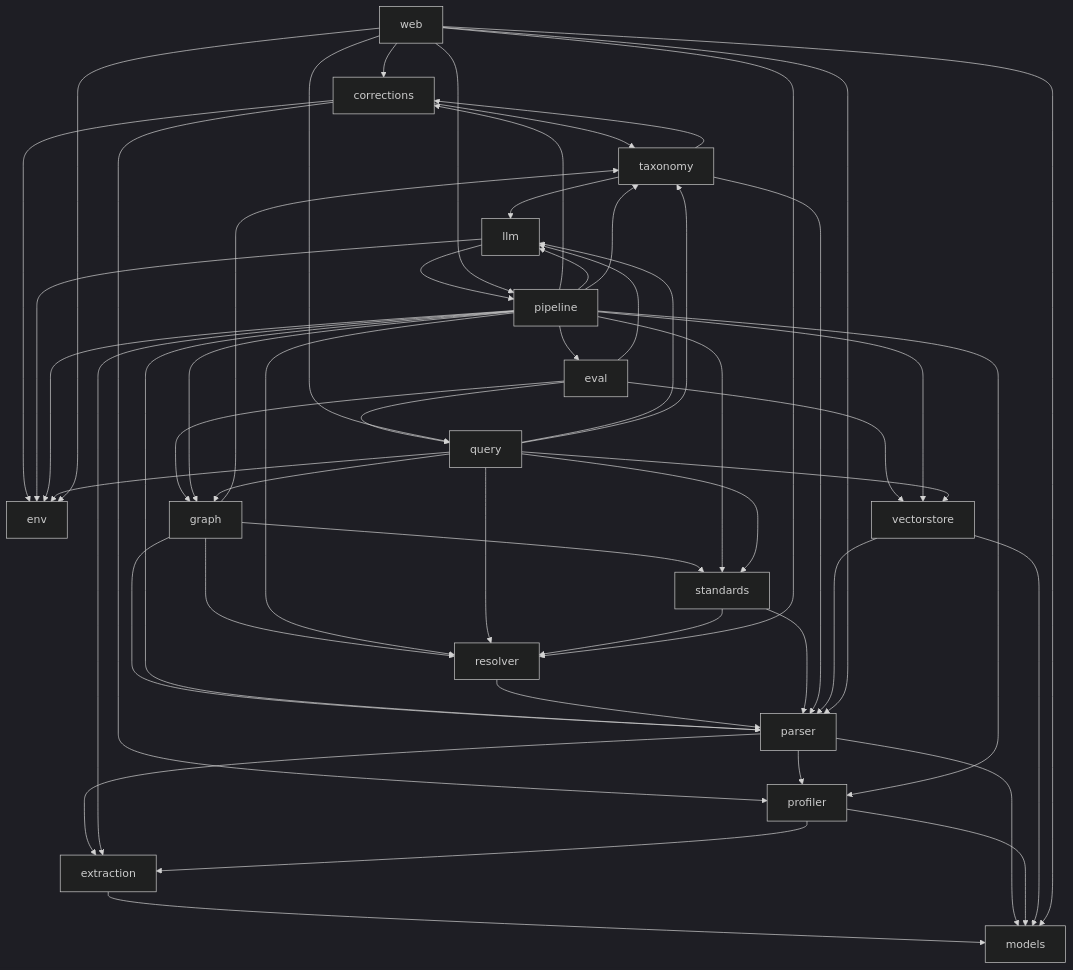
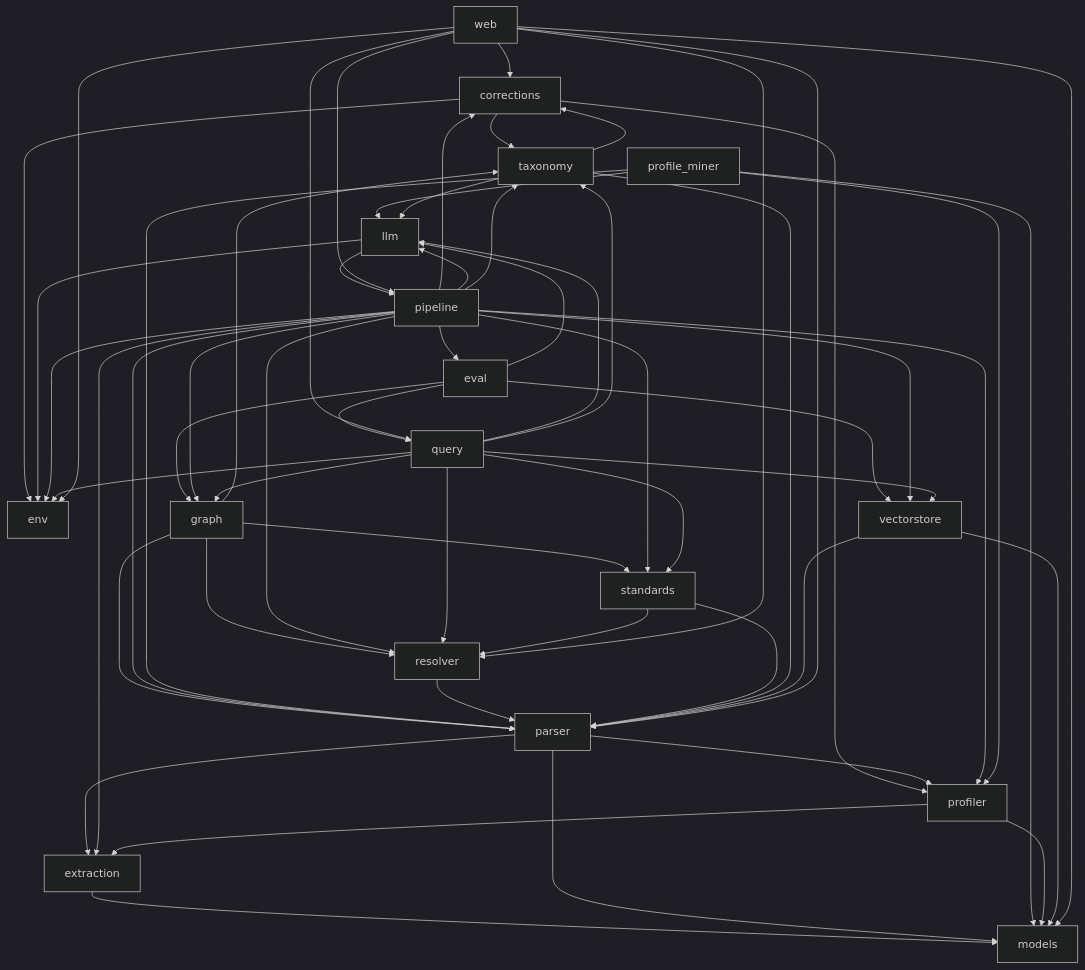
One commit to kurnoolion/req-agent changed the diagram in docs/compact/MAP.md. Above: the diagram before and after it, drawn with Mermaid (dark theme). The commit also changed other lines of this file and 3 other files, not shown here.

First line of the commit message:
docs(close-session): 2026-05-13 — profile_miner module + table-header fallback

````diff
--- a/docs/compact/MAP.md
+++ b/docs/compact/MAP.md
@@ -28,72 +29,77 @@
 ```mermaid
 flowchart TD
     m_corrections[corrections]
     m_env[env]
     m_eval[eval]
     m_extraction[extraction]
     m_graph[graph]
     m_llm[llm]
     m_models[models]
     m_parser[parser]
     m_pipeline[pipeline]
+    m_profile_miner[profile_miner]
     m_profiler[profiler]
     m_query[query]
     m_resolver[resolver]
     m_standards[standards]
     m_taxonomy[taxonomy]
     m_vectorstore[vectorstore]
     m_web[web]
     m_corrections --> m_env
     m_corrections --> m_profiler
     m_corrections --> m_taxonomy
     m_eval --> m_graph
     m_eval --> m_llm
     m_eval --> m_query
     m_eval --> m_vectorstore
     m_extraction --> m_models
     m_graph --> m_parser
     m_graph --> m_resolver
     m_graph --> m_standards
     m_graph --> m_taxonomy
     m_llm --> m_env
     m_llm --> m_pipeline
     m_parser --> m_extraction
     m_parser --> m_models
     m_parser --> m_profiler
     m_pipeline --> m_corrections
     m_pipeline --> m_env
     m_pipeline --> m_eval
     m_pipeline --> m_extraction
     m_pipeline --> m_graph
     m_pipeline --> m_llm
     m_pipeline --> m_parser
     m_pipeline --> m_profiler
     m_pipeline --> m_resolver
     m_pipeline --> m_standards
     m_pipeline --> m_taxonomy
     m_pipeline --> m_vectorstore
+    m_profile_miner --> m_llm
+    m_profile_miner --> m_models
+    m_profile_miner --> m_parser
+    m_profile_miner --> m_profiler
     m_profiler --> m_extraction
     m_profiler --> m_models
     m_query --> m_env
     m_query --> m_graph
     m_query --> m_llm
     m_query --> m_resolver
     m_query --> m_standards
     m_query --> m_taxonomy
     m_query --> m_vectorstore
     m_resolver --> m_parser
     m_standards --> m_parser
     m_standards --> m_resolver
     m_taxonomy --> m_corrections
     m_taxonomy --> m_llm
     m_taxonomy --> m_parser
     m_vectorstore --> m_models
     m_vectorstore --> m_parser
     m_web --> m_corrections
     m_web --> m_env
     m_web --> m_models
     m_web --> m_parser
     m_web --> m_pipeline
     m_web --> m_query
     m_web --> m_resolver
 ```
````
